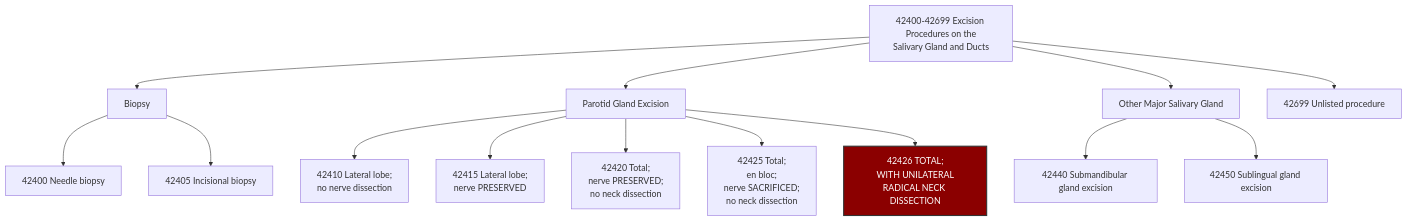
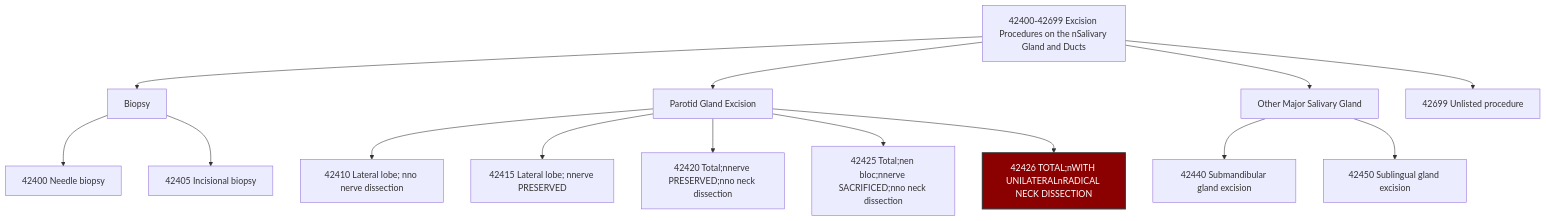
Before and after one commit to crmills81/MCW_Coder_Hub: the diagram in content/50 Medical Coding/CPT Codes/42426.md, drawn with Mermaid. The commit also changed 75 other files, not shown here.

````diff
--- a/content/50 Medical Coding/CPT Codes/42426.md
+++ b/content/50 Medical Coding/CPT Codes/42426.md
@@ -169,21 +169,21 @@
 ```mermaid
 flowchart TD
-    A["42400-42699 Excision Procedures on the\nSalivary Gland and Ducts"] --> B["Biopsy"]
+    A["42400-42699 Excision Procedures on the nSalivary Gland and Ducts"] --> B["Biopsy"]
     B --> C["42400 Needle biopsy"]
     B --> D["42405 Incisional biopsy"]
 
     A --> E["Parotid Gland Excision"]
-    E --> F["42410 Lateral lobe;\nno nerve dissection"]
-    E --> G["42415 Lateral lobe;\nnerve PRESERVED"]
-    E --> H["42420 Total;\nnerve PRESERVED;\nno neck dissection"]
-    E --> I["42425 Total;\nen bloc;\nnerve SACRIFICED;\nno neck dissection"]
-    E --> J["42426 TOTAL;\nWITH UNILATERAL\nRADICAL NECK DISSECTION"]
+    E --> F["42410 Lateral lobe; nno nerve dissection"]
+    E --> G["42415 Lateral lobe; nnerve PRESERVED"]
+    E --> H["42420 Total;nnerve PRESERVED;nno neck dissection"]
+    E --> I["42425 Total;nen bloc;nnerve SACRIFICED;nno neck dissection"]
+    E --> J["42426 TOTAL;nWITH UNILATERALnRADICAL NECK DISSECTION"]
 
     A --> K["Other Major Salivary Gland"]
     K --> L["42440 Submandibular gland excision"]
     K --> M["42450 Sublingual gland excision"]
 
     A --> N["42699 Unlisted procedure"]
 
     style J fill:#8B0000,stroke:#333,stroke-width:2px,color:white
 ```
````
